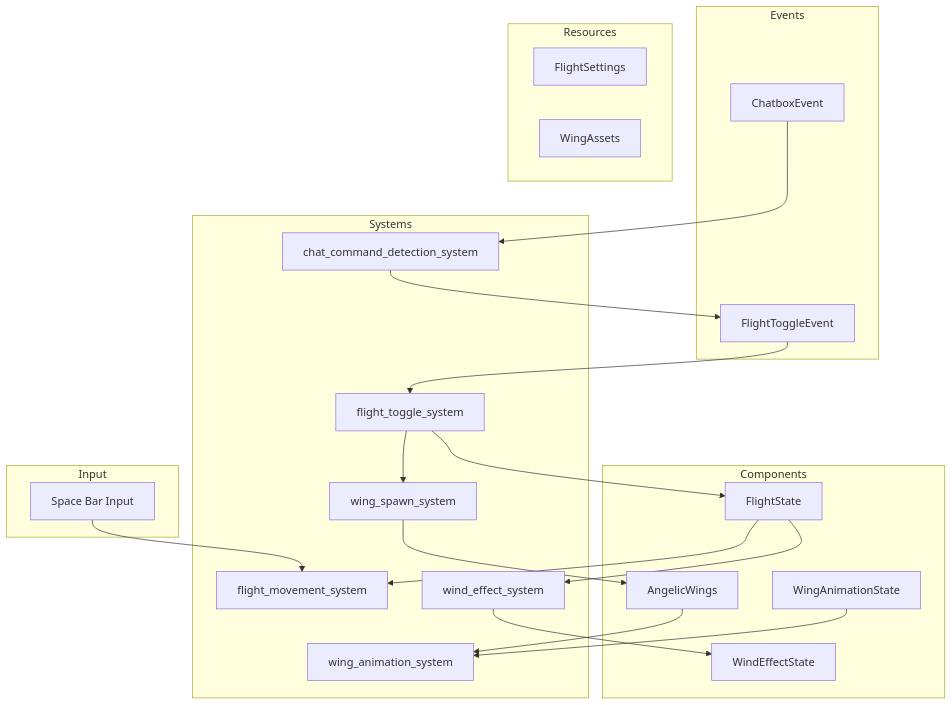
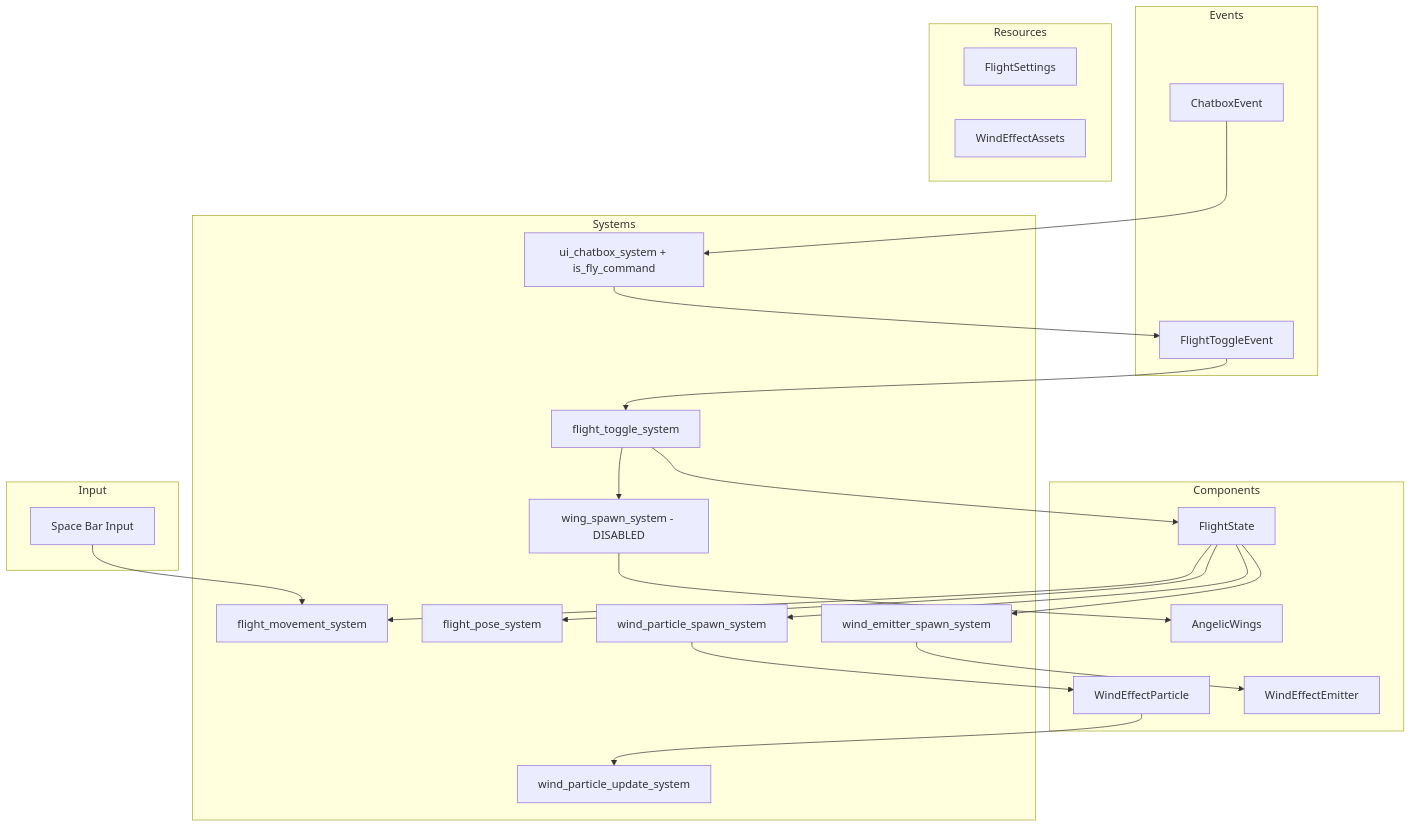
The diagram in system-architecture/flying-system-architecture.md (vektorprime/rose-offline-client), drawn with Mermaid before and after one commit. The commit also changed other lines of this file and 546 other files, not shown here.

````diff
--- a/system-architecture/flying-system-architecture.md
+++ b/system-architecture/flying-system-architecture.md
@@ -17,48 +24,52 @@
 ```mermaid
 flowchart TB
     subgraph Events
         ChatboxEvent[ChatboxEvent]
         FlightToggleEvent[FlightToggleEvent]
     end
     
     subgraph Components
         FlightState[FlightState]
         AngelicWings[AngelicWings]
-        WingAnimationState[WingAnimationState]
-        WindEffectState[WindEffectState]
+        WindEffectParticle[WindEffectParticle]
+        WindEffectEmitter[WindEffectEmitter]
     end
     
     subgraph Resources
         FlightSettings[FlightSettings]
-        WingAssets[WingAssets]
+        WindEffectAssets[WindEffectAssets]
     end
     
     subgraph Systems
-        ChatCommandSystem[chat_command_detection_system]
+        ChatCommandSystem[ui_chatbox_system + is_fly_command]
         FlightToggleSystem[flight_toggle_system]
         FlightMovementSystem[flight_movement_system]
-        WingSpawnSystem[wing_spawn_system]
-        WingAnimationSystem[wing_animation_system]
-        WindEffectSystem[wind_effect_system]
+        WingSpawnSystem[wing_spawn_system - DISABLED]
+        FlightPoseSystem[flight_pose_system]
+        WindEmitterSystem[wind_emitter_spawn_system]
+        WindSpawnSystem[wind_particle_spawn_system]
+        WindUpdateSystem[wind_particle_update_system]
     end
     
     subgraph Input
         SpaceBar[Space Bar Input]
     end
     
     ChatboxEvent --> ChatCommandSystem
     ChatCommandSystem --> FlightToggleEvent
     FlightToggleEvent --> FlightToggleSystem
     FlightToggleSystem --> FlightState
     FlightToggleSystem --> WingSpawnSystem
     
     FlightState --> FlightMovementSystem
     SpaceBar --> FlightMovementSystem
     
+    FlightState --> FlightPoseSystem
+    
     WingSpawnSystem --> AngelicWings
-    AngelicWings --> WingAnimationSystem
-    WingAnimationState --> WingAnimationSystem
-    
-    FlightState --> WindEffectSystem
-    WindEffectSystem --> WindEffectState
+    FlightState --> WindEmitterSystem
+    WindEmitterSystem --> WindEffectEmitter
+    FlightState --> WindSpawnSystem
+    WindSpawnSystem --> WindEffectParticle
+    WindEffectParticle --> WindUpdateSystem
 ```
````
